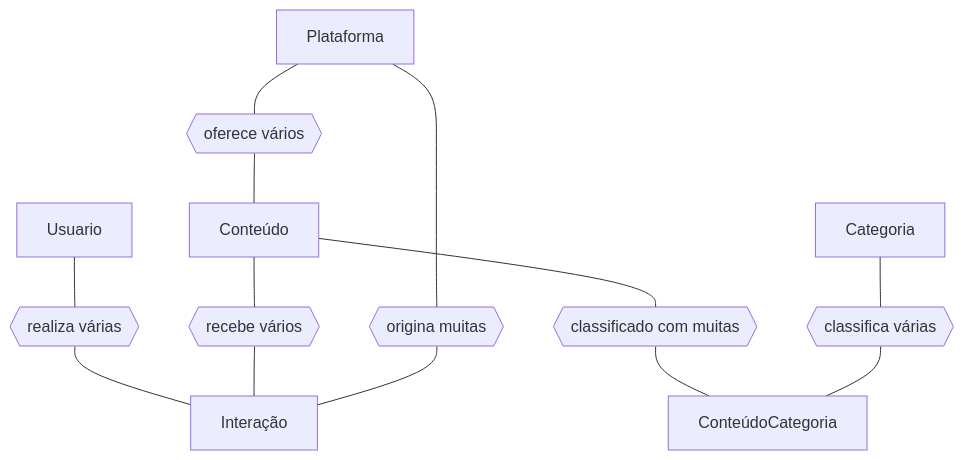
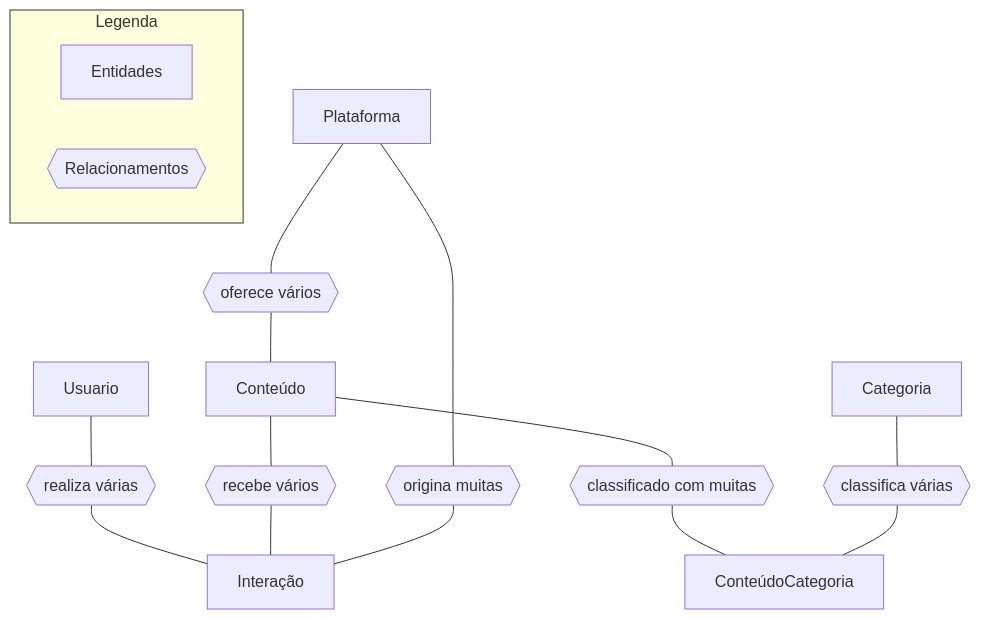
The first of 2 diagrams in README.md (JohnVictorCouto/Globotech), drawn with Mermaid before and after one commit.

````diff
--- a/README.md
+++ b/README.md
@@ -110,39 +110,44 @@
 ```mermaid
 graph TD
 
   %% ENTIDADES (Retângulos)
   Usuario[Usuario]
   Plataforma[Plataforma]
   Categoria[Categoria]
   Conteudo[Conteúdo]
   Interacao[Interação]
   ConteudoCategoria[ConteúdoCategoria]
 
   %% RELACIONAMENTOS (Losangos simulados)
   R1{{realiza várias}}
   R2{{recebe vários}}
   R3{{oferece vários}}
   R4{{origina muitas}}
   R5{{classificado com muitas}}
   R6{{classifica várias}}
 
   %% LIGAÇÕES: Entidades ↔ Relacionamentos (com losangos)
   Usuario --- R1
   R1 --- Interacao
 
   Conteudo --- R2
   R2 --- Interacao
 
   Plataforma --- R3
   R3 --- Conteudo
 
   Plataforma --- R4
   R4 --- Interacao
 
   Conteudo --- R5
   R5 --- ConteudoCategoria
 
   Categoria --- R6
   R6 --- ConteudoCategoria
-
+  %% ADICIONANDO A LEGENDA
+    subgraph Legend [Legenda]
+      A[Entidades]
+      C{{Relacionamentos}}
+      style Legend stroke:#333,stroke-width:1px;
+    end
 ```
````
